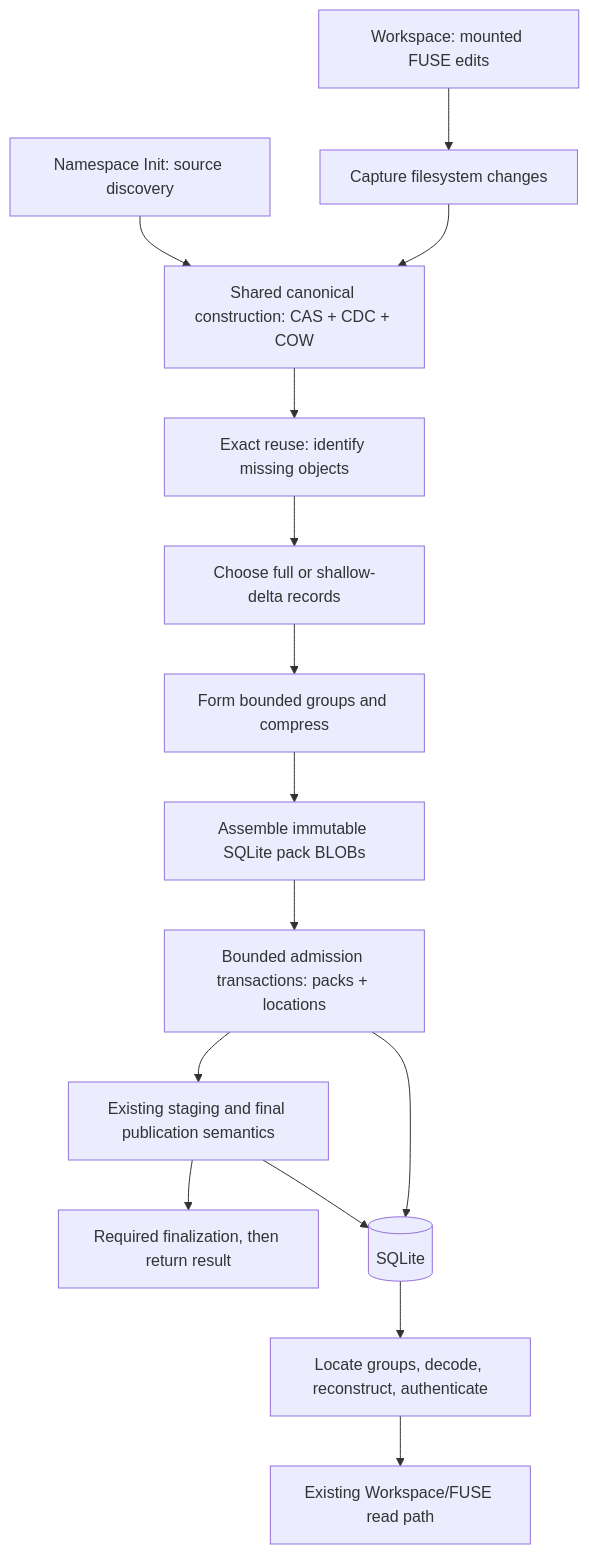
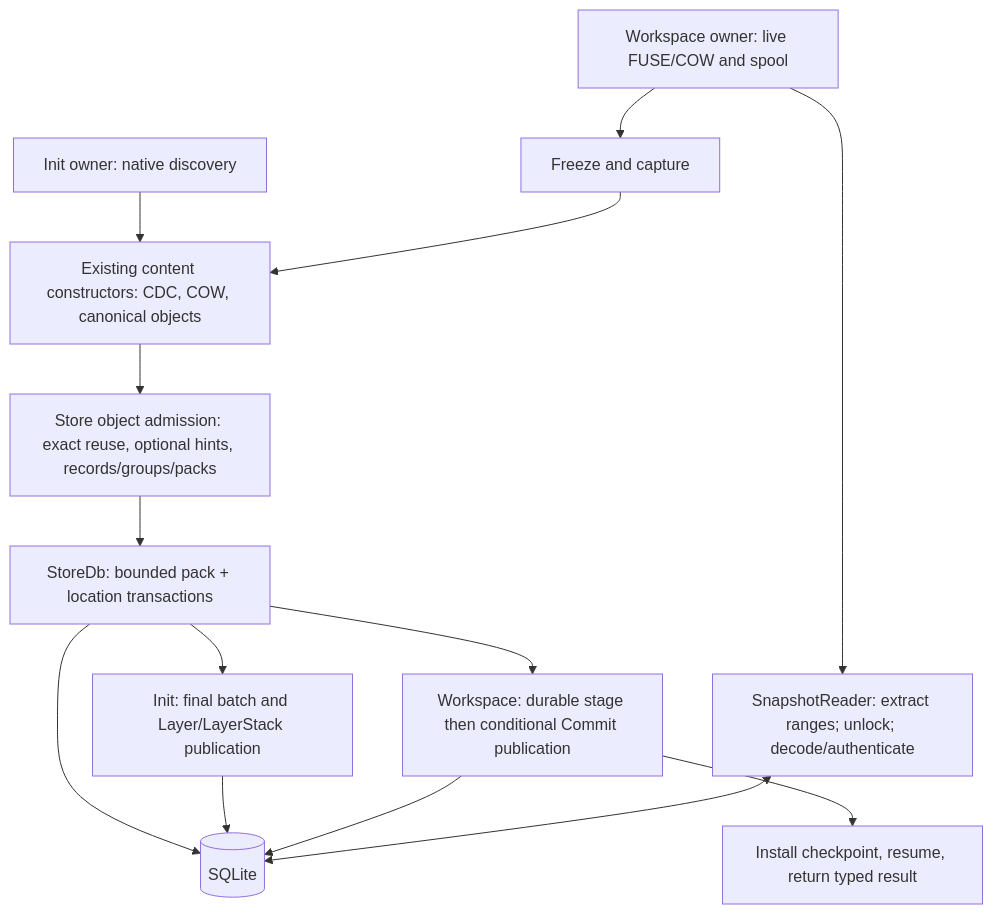
The diagram in docs/roadmap/0.1/0.1.4/storage-architecture-spec.md (Ephemeral-AI-Lab/ephemeral-ai-fs), drawn with Mermaid before and after one commit. The commit also changed other lines of this file and 8 other files, not shown here.

Commit message:
docs: resolve storage architecture ownership and format audit

````diff
--- a/docs/roadmap/0.1/0.1.4/storage-architecture-spec.md
+++ b/docs/roadmap/0.1/0.1.4/storage-architecture-spec.md
@@ -50,17 +72,16 @@
 ```mermaid
 flowchart TD
-    I["Namespace Init: source discovery"] --> C
-    W["Workspace: mounted FUSE edits"] --> F["Capture filesystem changes"]
-    F --> C["Shared canonical construction: CAS + CDC + COW"]
-    C --> D["Exact reuse: identify missing objects"]
-    D --> E["Choose full or shallow-delta records"]
-    E --> G["Form bounded groups and compress"]
-    G --> P["Assemble immutable SQLite pack BLOBs"]
-    P --> A["Bounded admission transactions: packs + locations"]
-    A --> H["Existing staging and final publication semantics"]
-    H --> R["Required finalization, then return result"]
-    A --> DB[("SQLite")]
-    H --> DB
-    DB --> L["Locate groups, decode, reconstruct, authenticate"]
-    L --> V["Existing Workspace/FUSE read path"]
+    I["Init owner: native discovery"] --> C
+    W["Workspace owner: live FUSE/COW and spool"] --> F["Freeze and capture"]
+    F --> C["Existing content constructors: CDC, COW, canonical objects"]
+    C --> A["Store object admission: exact reuse, optional hints, records/groups/packs"]
+    A --> T["StoreDb: bounded pack + location transactions"]
+    T --> DB[("SQLite")]
+    T --> IP["Init: final batch and Layer/LayerStack publication"]
+    T --> WP["Workspace: durable stage then conditional Commit publication"]
+    IP --> DB
+    WP --> DB
+    WP --> Z["Install checkpoint, resume, return typed result"]
+    W --> R["SnapshotReader: extract ranges; unlock; decode/authenticate"]
+    R <--> DB
 ```
````
